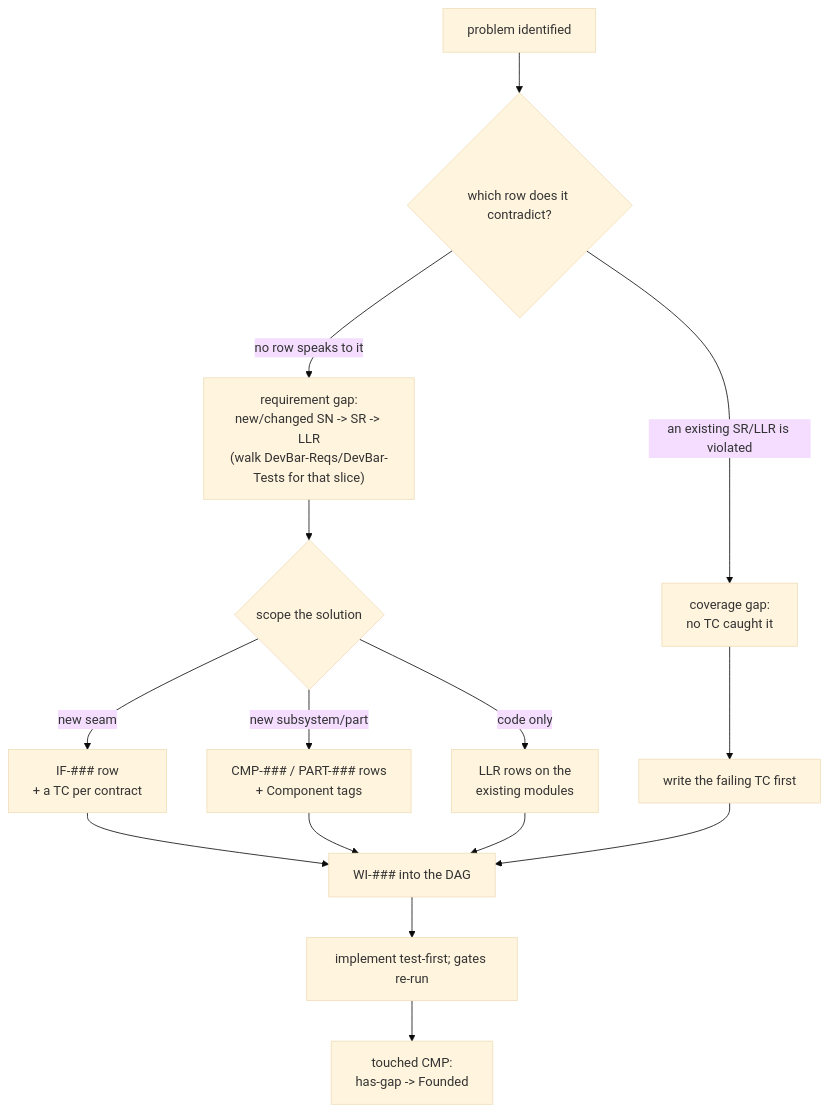
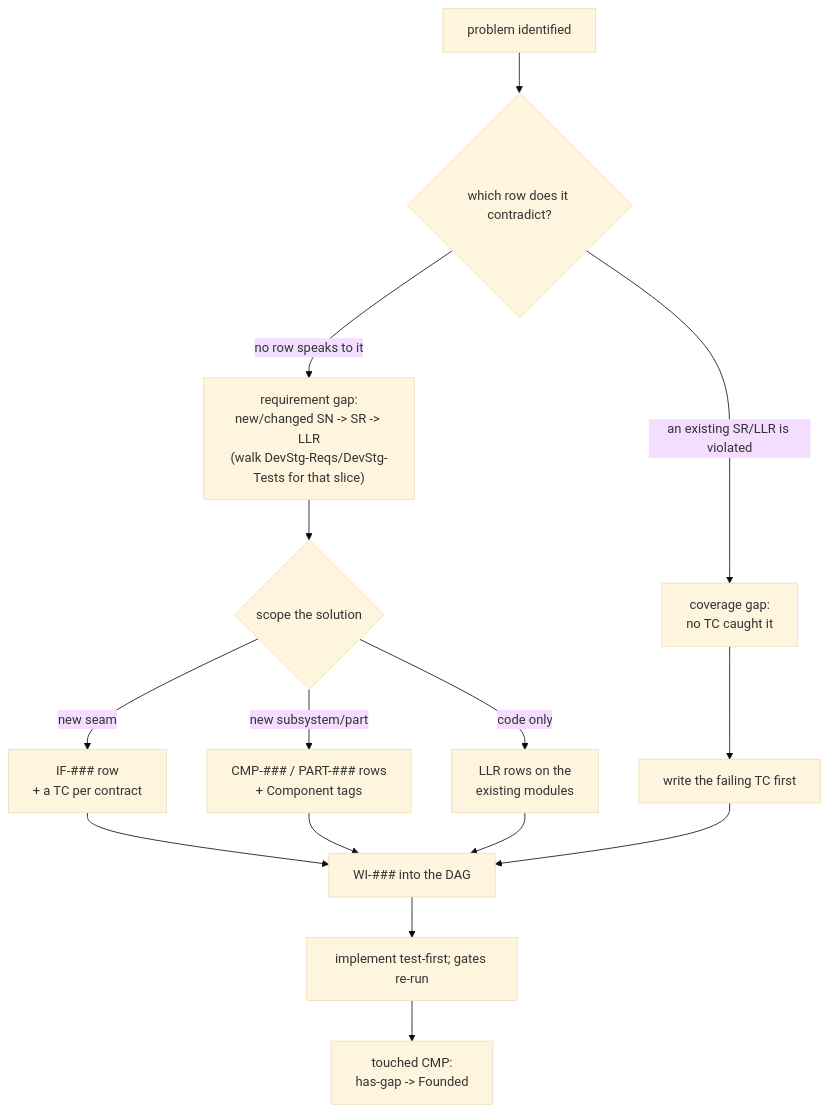
Before and after one commit to diytechy/ai-template: the diagram in project-trajectory/PROCESS.md, drawn with Mermaid (base theme). The commit also changed other lines of this file and 166 other files, not shown here.

````diff
--- a/project-trajectory/PROCESS.md
+++ b/project-trajectory/PROCESS.md
@@ -788,17 +803,17 @@
 ```mermaid
 flowchart TD
   P["problem identified"] --> C{"which row does it contradict?"}
   C -->|"an existing SR/LLR is violated"| TG["coverage gap:\nno TC caught it"]
-  C -->|"no row speaks to it"| RG["requirement gap:\nnew/changed SN -> SR -> LLR\n(walk DevBar-Reqs/DevBar-Tests for that slice)"]
+  C -->|"no row speaks to it"| RG["requirement gap:\nnew/changed SN -> SR -> LLR\n(walk DevStg-Reqs/DevStg-Tests for that slice)"]
   TG --> T1["write the failing TC first"]
   RG --> S{"scope the solution"}
   S -->|"new seam"| I2["IF-### row\n+ a TC per contract"]
   S -->|"new subsystem/part"| C2["CMP-### / PART-### rows\n+ Component tags"]
   S -->|"code only"| L2["LLR rows on the\nexisting modules"]
   I2 --> W["WI-### into the DAG"]
   C2 --> W
   L2 --> W
   T1 --> W
   W --> G["implement test-first; gates re-run"]
   G --> V["touched CMP:\nhas-gap -> Founded"]
 ```
````
